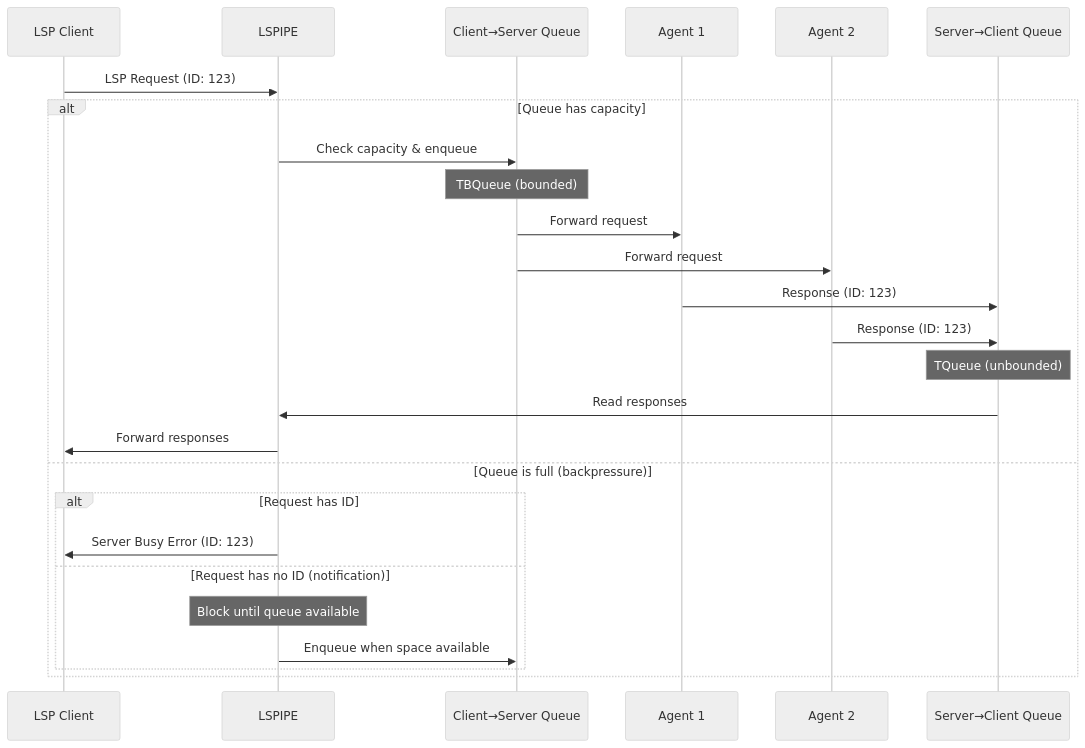
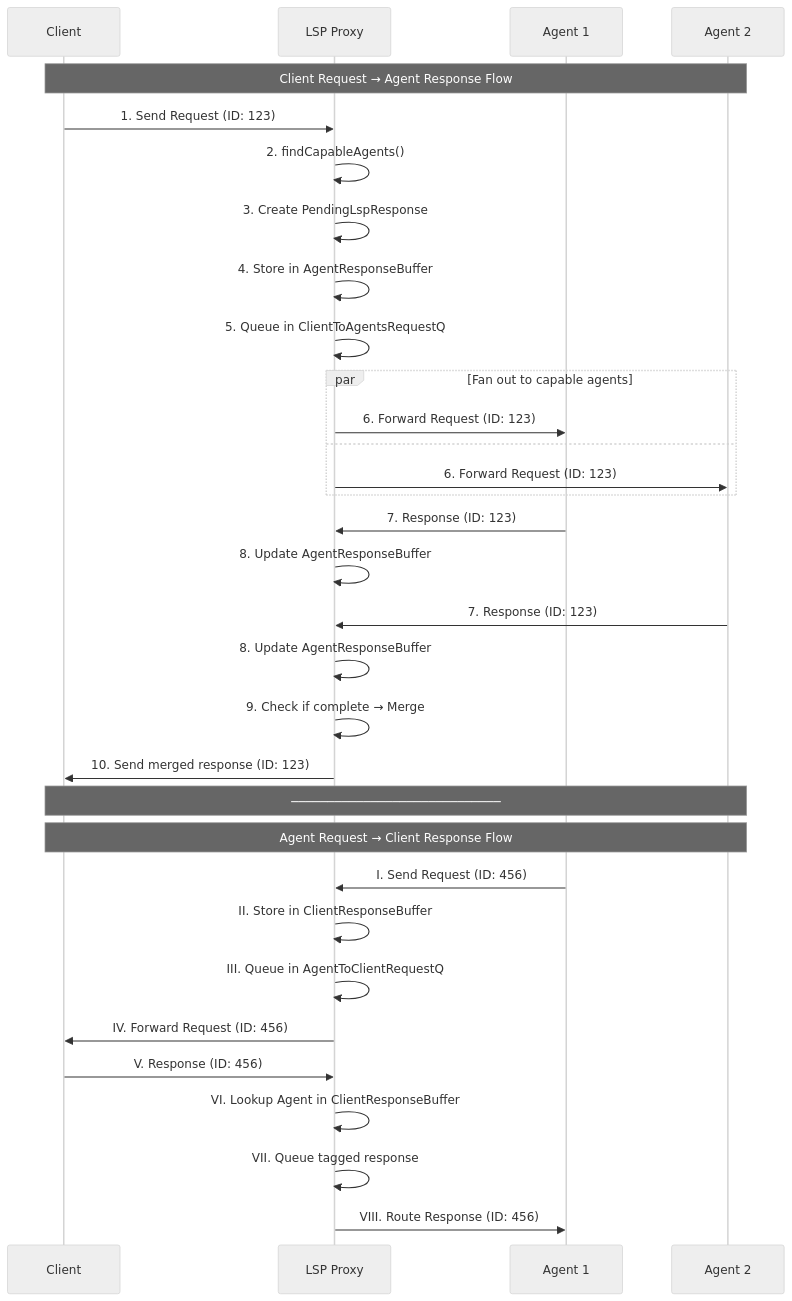
One commit to KristianAN/lspipe changed the diagram in README.org. Above: the diagram before and after it, drawn with Mermaid (neutral theme). The commit also changed other lines of this file and 2 other files, not shown here.

Commit message:
finish psuedo implementation of the proxy

```diff
--- a/README.org
+++ b/README.org
@@ -57,33 +18,36 @@
 #+begin_src mermaid
 sequenceDiagram
-    participant C as LSP Client
-    participant L as LSPIPE
-    participant Q1 as Client→Server Queue
+    participant C as Client
+    participant P as LSP Proxy
     participant A1 as Agent 1
     participant A2 as Agent 2
-    participant Q2 as Server→Client Queue
-
-    C->>L: LSP Request (ID: 123)
     
-    alt Queue has capacity
-        L->>Q1: Check capacity & enqueue
-        Note over Q1: TBQueue (bounded)
-        Q1->>A1: Forward request
-        Q1->>A2: Forward request
-        
-        A1->>Q2: Response (ID: 123)
-        A2->>Q2: Response (ID: 123)
-        Note over Q2: TQueue (unbounded)
-        
-        Q2->>L: Read responses
-        L->>C: Forward responses
-        
-    else Queue is full (backpressure)
-        alt Request has ID
-            L->>C: Server Busy Error (ID: 123)
-        else Request has no ID (notification)
-            Note over L: Block until queue available
-            L->>Q1: Enqueue when space available
-        end
+    Note over C,A2: Client Request → Agent Response Flow
+    C->>P: 1. Send Request (ID: 123)
+    P->>P: 2. findCapableAgents()
+    P->>P: 3. Create PendingLspResponse
+    P->>P: 4. Store in AgentResponseBuffer
+    P->>P: 5. Queue in ClientToAgentsRequestQ
+    par Fan out to capable agents
+        P->>A1: 6. Forward Request (ID: 123)
+    and
+        P->>A2: 6. Forward Request (ID: 123)
     end
+    A1->>P: 7. Response (ID: 123)
+    P->>P: 8. Update AgentResponseBuffer
+    A2->>P: 7. Response (ID: 123)
+    P->>P: 8. Update AgentResponseBuffer
+    P->>P: 9. Check if complete → Merge
+    P->>C: 10. Send merged response (ID: 123)
+    
+    Note over C,A2: ─────────────────────────────
+    Note over C,A2: Agent Request → Client Response Flow
+    A1->>P: I. Send Request (ID: 456)
+    P->>P: II. Store in ClientResponseBuffer
+    P->>P: III. Queue in AgentToClientRequestQ
+    P->>C: IV. Forward Request (ID: 456)
+    C->>P: V. Response (ID: 456)
+    P->>P: VI. Lookup Agent in ClientResponseBuffer
+    P->>P: VII. Queue tagged response
+    P->>A1: VIII. Route Response (ID: 456)
 #+end_src
```
